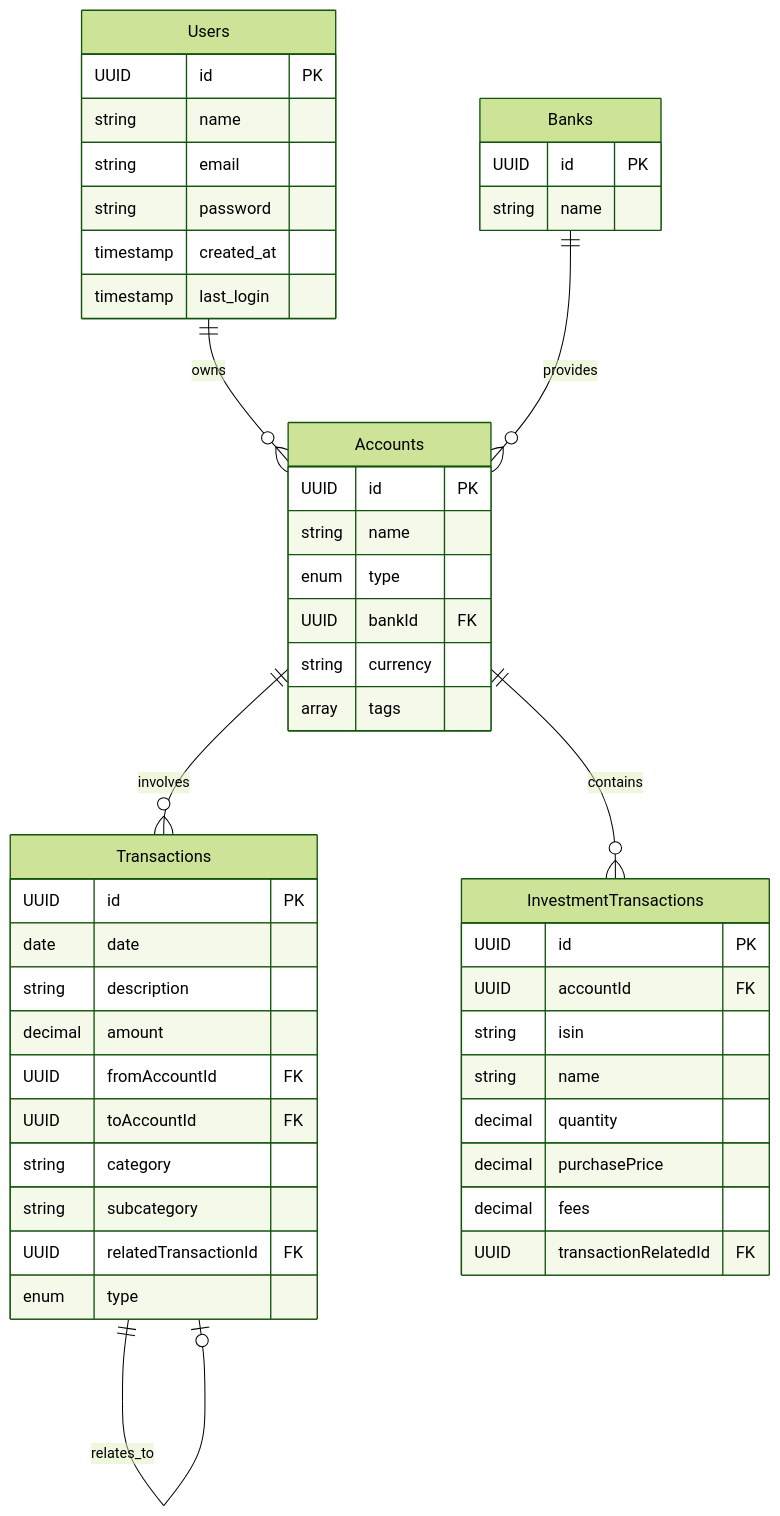
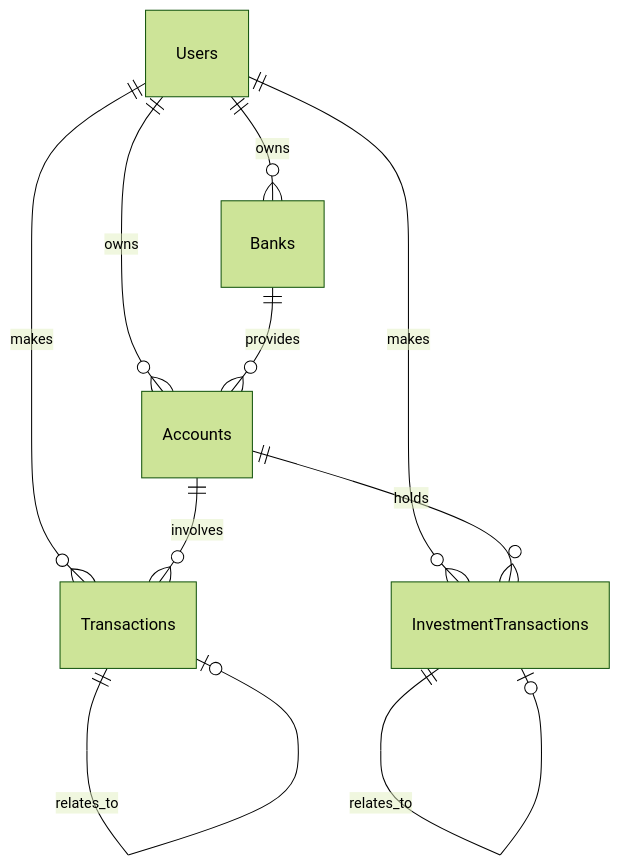
One commit to AlanJumeaucourt/wealth_manager changed the diagram in DATABASE_STRUCTURE.md. Above: the diagram before and after it, drawn with Mermaid (forest theme). The commit also changed other lines of this file, not shown here.

````diff
--- a/DATABASE_STRUCTURE.md
+++ b/DATABASE_STRUCTURE.md
@@ -71,51 +78,12 @@
 ```mermaid
 erDiagram
-    Users {
-        UUID id PK
-        string name
-        string email
-        string password
-        timestamp created_at
-        timestamp last_login
-    }
-    Banks {
-        UUID id PK
-        string name
-    }
-    Accounts {
-        UUID id PK
-        string name
-        enum type
-        UUID bankId FK
-        string currency
-        array tags
-    }
-    Transactions {
-        UUID id PK
-        date date
-        string description
-        decimal amount
-        UUID fromAccountId FK
-        UUID toAccountId FK
-        string category
-        string subcategory
-        UUID relatedTransactionId FK
-        enum type
-    }
-    InvestmentTransactions {
-        UUID id PK
-        UUID accountId FK
-        string isin
-        string name
-        decimal quantity
-        decimal purchasePrice
-        decimal fees
-        UUID transactionRelatedId FK
-    }
-
+    Users ||--o{ Banks : owns
     Users ||--o{ Accounts : owns
+    Users ||--o{ Transactions : makes
+    Users ||--o{ InvestmentTransactions : makes
     Banks ||--o{ Accounts : provides
     Accounts ||--o{ Transactions : involves
-    Accounts ||--o{ InvestmentTransactions : contains
+    Accounts ||--o{ InvestmentTransactions : holds
     Transactions ||--o| Transactions : relates_to
+    InvestmentTransactions ||--o| InvestmentTransactions : relates_to
 ```
````
